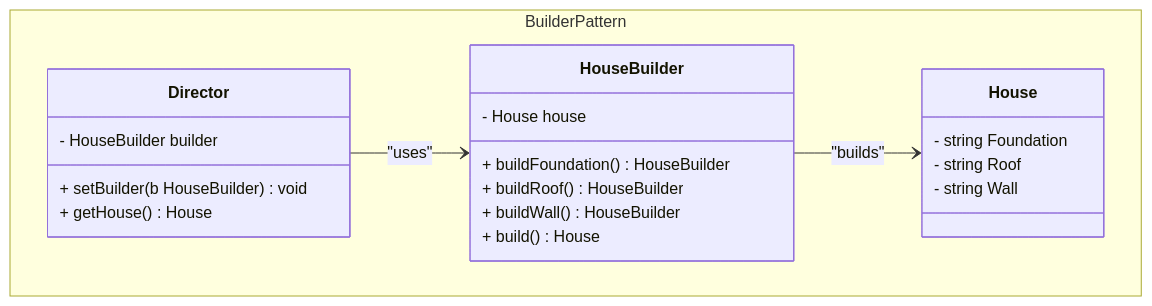
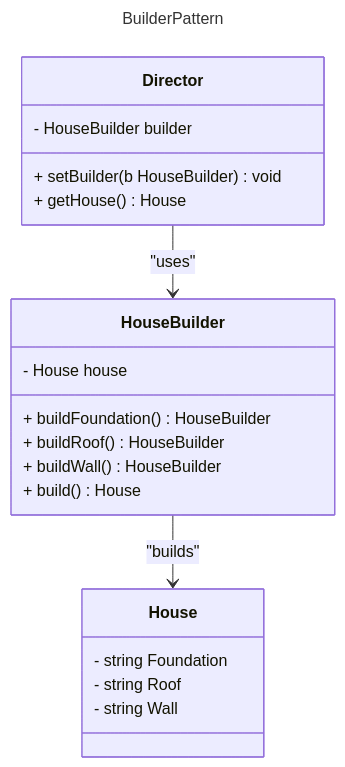
The third of 7 diagrams in README.md (akhiltn/design-patterns-golang), drawn with Mermaid before and after one commit. The commit also changed other lines of this file and 2 other files, not shown here.

Commit message:
improvements of mermaid and decorator

````diff
--- a/README.md
+++ b/README.md
@@ -50,28 +49,29 @@
 ```mermaid
+---
+title: BuilderPattern
+---
 classDiagram
 
     Director --> HouseBuilder : "uses"
     HouseBuilder --> House : "builds"
 
-namespace BuilderPattern{
     class House {
         - string Foundation
         - string Roof
         - string Wall
     }
 
     class HouseBuilder {
         - House house
         + buildFoundation() HouseBuilder
         + buildRoof() HouseBuilder
         + buildWall() HouseBuilder
         + build() House
     }
 
     class Director {
         - HouseBuilder builder
         + setBuilder(b HouseBuilder) void
         + getHouse() House
     }
-}
 ```
````
